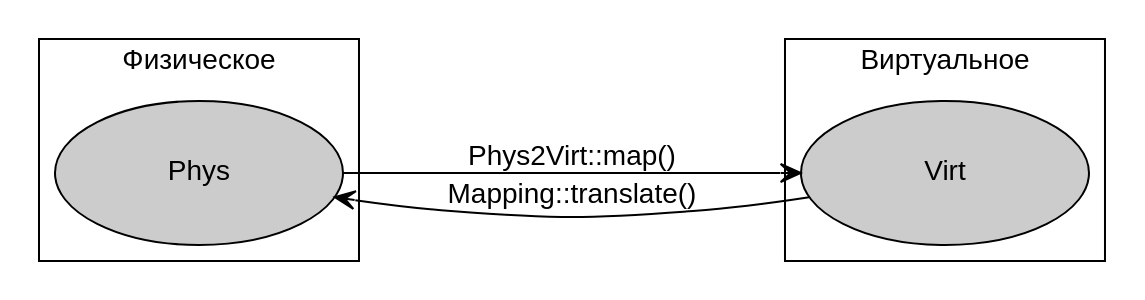
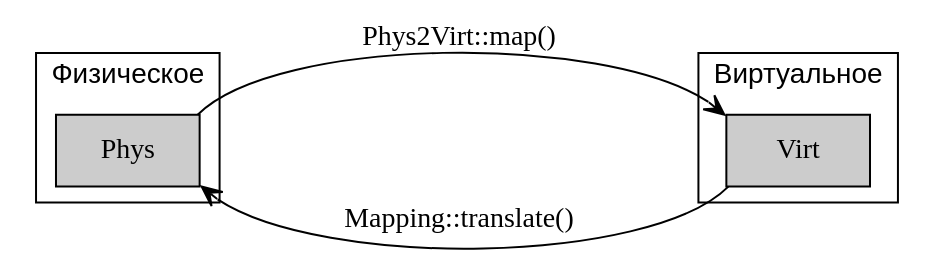
The diagram in lab/src/2-mm-0-intro-3-spaces.dot (AntonGlinisty/nikka-practice), drawn with Graphviz before and after one commit. The commit also changed 5 other files, not shown here.

Commit message:
Polish diagrams for lab 2-mm

```diff
--- a/lab/src/2-mm-0-intro-3-spaces.dot
+++ b/lab/src/2-mm-0-intro-3-spaces.dot
@@ -1,26 +1,26 @@
 digraph diagram {
     rankdir = LR
     ranksep = 1.5
 
     fontname="Helvetica,Arial,sans-serif"
 
-    node [fontname = "Helvetica,Arial,sans-serif"; width = 2.0; height = 1.0; style = filled; fillcolor = "#CCCCCC"]
-    edge [arrowhead = vee; fontname="Helvetica,Arial,sans-serif"]
+    node [shape = box; width = 1.0; height = 0.5; style = filled; fillcolor = "#CCCCCC"]
+    edge [arrowhead = vee]
 
     subgraph cluster_phys_memory {
         label = "Физическое"
         labelloc = "t"
 
         Phys
     }
 
     subgraph cluster_virt_memory {
         label = "Виртуальное"
         labelloc = "t"
 
         Virt
     }
 
-    Phys -> Virt [label = "Phys2Virt::map()"]
-    Virt -> Phys [constraint = false; label = "Mapping::translate()"]
+    Phys:ne -> Virt:nw [label = "Phys2Virt::map()"]
+    Virt:sw -> Phys:se [constraint = false; label = "Mapping::translate()"]
 }
```
